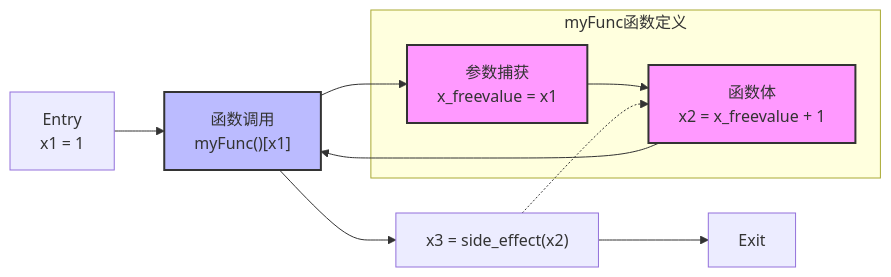
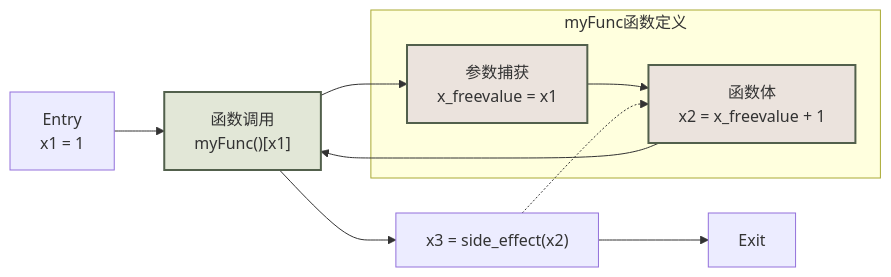
The seventh of 11 diagrams in static-analysis-guide/topic-compiler-for-static-analysis.mdx (yaklang/ssa.to), drawn with Mermaid before and after one commit. The commit also changed other lines of this file and 91 other files, not shown here.

````diff
--- a/static-analysis-guide/topic-compiler-for-static-analysis.mdx
+++ b/static-analysis-guide/topic-compiler-for-static-analysis.mdx
@@ -359,31 +367,31 @@
 ```mermaid
 flowchart LR
     B1["Entry
     x1 = 1"]
     
     subgraph "myFunc函数定义"
         B2["参数捕获
         x_freevalue = x1"]
         B3["函数体
         x2 = x_freevalue + 1"]
     end
     
     Call["函数调用
     myFunc()[x1]"]
     
     B4["x3 = side_effect(x2)"]
     
     B1 --> Call
     Call --> B2
     B2 --> B3
     B3 --> Call
     Call --> B4
 
     B4 -.-> B3
     B4 --> B5[Exit]
 
-    style Call fill:#bbf,stroke:#333,stroke-width:2px
-    style B2 fill:#f9f,stroke:#333,stroke-width:2px
-    style B3 fill:#f9f,stroke:#333,stroke-width:2px
+    style Call fill:#e2e7d7,stroke:#52604c,stroke-width:2px
+    style B2 fill:#ebe3dd,stroke:#52604c,stroke-width:2px
+    style B3 fill:#ebe3dd,stroke:#52604c,stroke-width:2px
 
 ```
````
